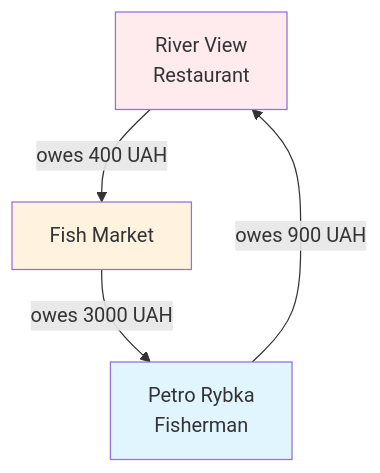
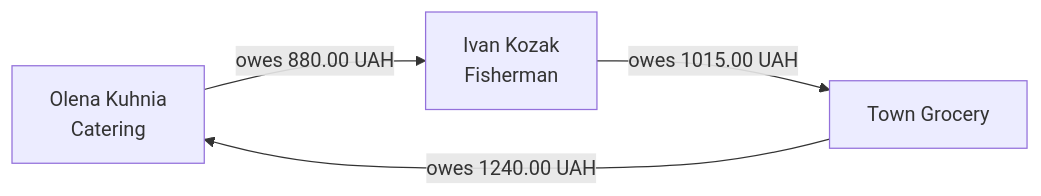
Before and after one commit to slawa19/GEOv0: the second of 3 diagrams in docs/ru/seeds/seed-riverside-town-50.md, drawn with Mermaid. The commit also changed other lines of this file and 2 other files, not shown here.

````diff
--- a/docs/ru/seeds/seed-riverside-town-50.md
+++ b/docs/ru/seeds/seed-riverside-town-50.md
@@ -127,10 +126,6 @@
 ```mermaid
-graph TB
-    RS[River View<br/>Restaurant] -->|owes 400 UAH| MK[Fish Market]
-    MK -->|owes 3000 UAH| F[Petro Rybka<br/>Fisherman]
-    F -->|owes 900 UAH| RS
-    
-    style F fill:#e1f5fe
-    style MK fill:#fff3e0
-    style RS fill:#ffebee
+graph LR
+    O[Olena Kuhnia<br/>Catering] -->|owes 880.00 UAH| I[Ivan Kozak<br/>Fisherman]
+    I -->|owes 1015.00 UAH| G[Town Grocery]
+    G -->|owes 1240.00 UAH| O
 ```
````
